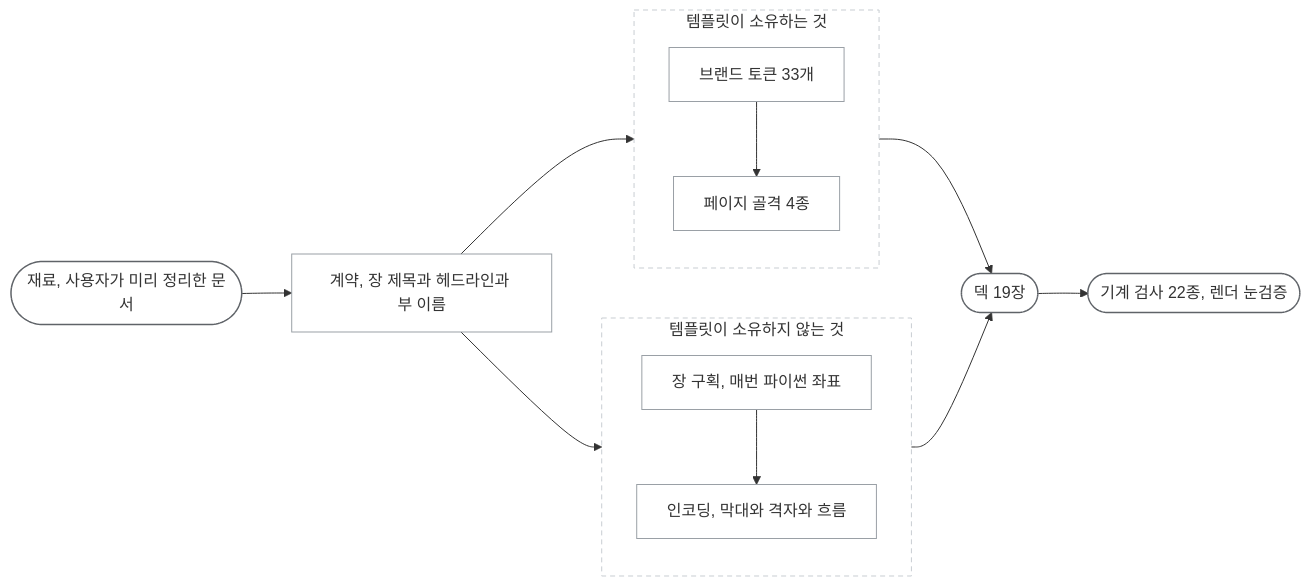
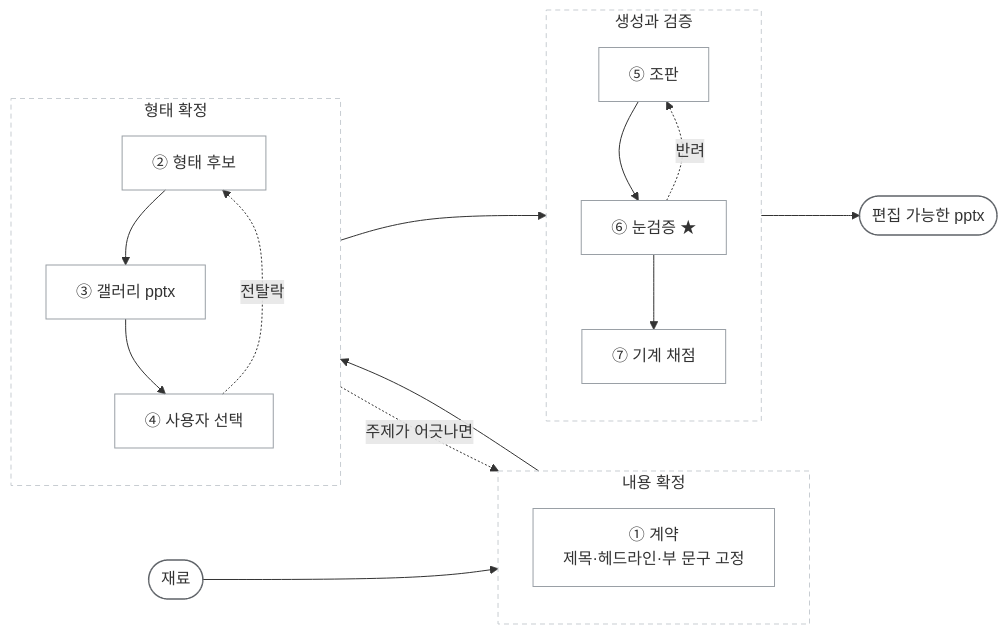
One commit to ghdtjrgns321-creator/pptxmaker changed the diagram in README.md. Above: the diagram before and after it, drawn with Mermaid. The commit also changed other lines of this file, not shown here.

````diff
--- a/README.md
+++ b/README.md
@@ -33,27 +32,37 @@
 ```mermaid
 flowchart LR
-    IN(["재료, 사용자가 미리 정리한 문서"]) --> CT
+    IN(["재료"]) --> S1
 
-    subgraph OWN["템플릿이 소유하는 것"]
+    subgraph FIX["내용 확정"]
         direction TB
-        TK["브랜드 토큰 33개"] --> FR["페이지 골격 4종"]
+        S1["① 계약<br/>제목·헤드라인·부 문구 고정"]
     end
 
-    subgraph FREE["템플릿이 소유하지 않는 것"]
+    subgraph PICK["형태 확정"]
         direction TB
-        LY["장 구획, 매번 파이썬 좌표"] --> EN["인코딩, 막대와 격자와 흐름"]
+        S2["② 형태 후보"] --> S3["③ 갤러리 pptx"]
+        S3 --> S4["④ 사용자 선택"]
     end
 
-    CT["계약, 장 제목과 헤드라인과 부 이름"] --> OWN
-    CT --> FREE
-    OWN --> OUT(["덱 19장"])
-    FREE --> OUT
-    OUT --> GATE(["기계 검사 22종, 렌더 눈검증"])
+    subgraph MAKE["생성과 검증"]
+        direction TB
+        S5["⑤ 조판"] --> S6["⑥ 눈검증 ★"]
+        S6 --> S7["⑦ 기계 채점"]
+    end
+
+    S1 --> S2
+    S4 --> S5
+    S7 --> OUT(["편집 가능한 pptx"])
+
+    S2 -.->|주제가 어긋나면| S1
+    S4 -.->|전탈락| S2
+    S6 -.->|반려| S5
 
     classDef step fill:none,stroke:#9aa0a6,stroke-width:1px
     classDef port fill:none,stroke:#5f6368,stroke-width:1.5px
-    class TK,FR,LY,EN,CT step
-    class IN,OUT,GATE port
-    style OWN fill:none,stroke:#c8cdd2,stroke-dasharray:5 4
-    style FREE fill:none,stroke:#c8cdd2,stroke-dasharray:5 4
+    class S1,S2,S3,S4,S5,S6,S7 step
+    class IN,OUT port
+    style FIX fill:none,stroke:#c8cdd2,stroke-dasharray:5 4
+    style PICK fill:none,stroke:#c8cdd2,stroke-dasharray:5 4
+    style MAKE fill:none,stroke:#c8cdd2,stroke-dasharray:5 4
 ```
````
